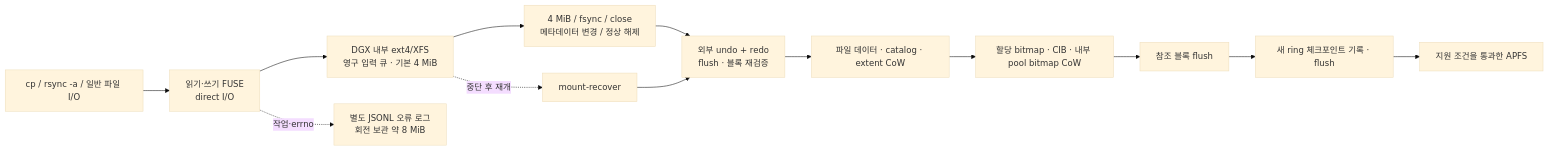
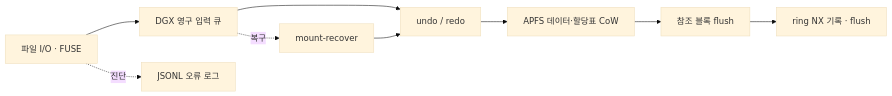
The diagram in README.md (JUNJOONHWAN/LAPFS), drawn with Mermaid (base theme) before and after one commit. The commit also changed other lines of this file and 8 other files, not shown here.

````diff
--- a/README.md
+++ b/README.md
@@ -39,15 +40,11 @@
 ```mermaid
 flowchart LR
-    App["cp / rsync -a / 일반 파일 I/O"] --> FUSE["읽기·쓰기 FUSE\ndirect I/O"]
-    FUSE --> Queue["DGX 내부 ext4/XFS\n영구 입력 큐 · 기본 4 MiB"]
-    Queue --> Trigger["4 MiB / fsync / close\n메타데이터 변경 / 정상 해제"]
-    Trigger --> Journal["외부 undo + redo\nflush · 블록 재검증"]
-    Journal --> COW["파일 데이터 · catalog · extent CoW"]
-    COW --> Space["할당 bitmap · CIB · 내부 pool bitmap CoW"]
-    Space --> Barrier["참조 블록 flush"]
-    Barrier --> Checkpoint["새 ring 체크포인트 기록 · flush"]
-    Checkpoint --> APFS["지원 조건을 통과한 APFS"]
-    Queue -. "중단 후 재개" .-> Recover["mount-recover"]
+    IO["파일 I/O · FUSE"] --> Queue["DGX 영구 입력 큐"]
+    Queue --> Journal["undo / redo"]
+    Journal --> COW["APFS 데이터·할당표 CoW"]
+    COW --> Flush["참조 블록 flush"]
+    Flush --> NX["ring NX 기록 · flush"]
+    Queue -. "복구" .-> Recover["mount-recover"]
     Recover --> Journal
-    FUSE -. "작업·errno" .-> Log["별도 JSONL 오류 로그\n회전 보관 약 8 MiB"]
+    IO -. "진단" .-> Log["JSONL 오류 로그"]
 ```
````
